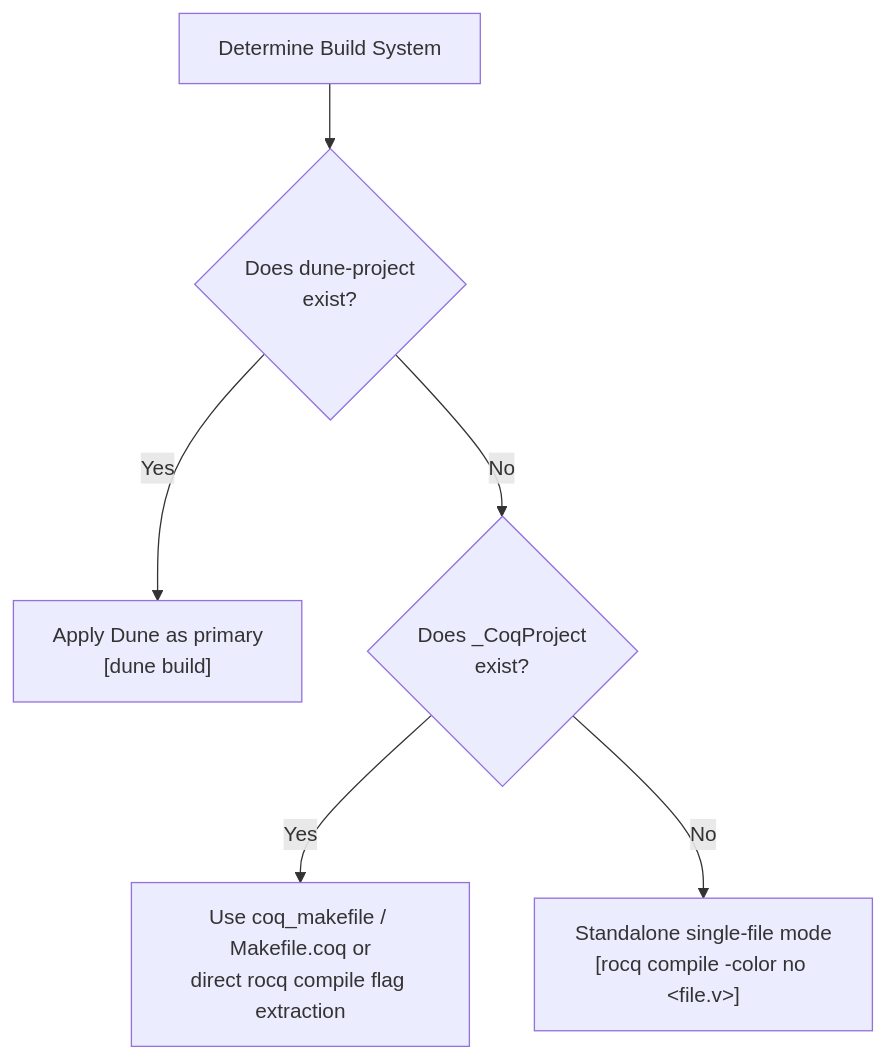
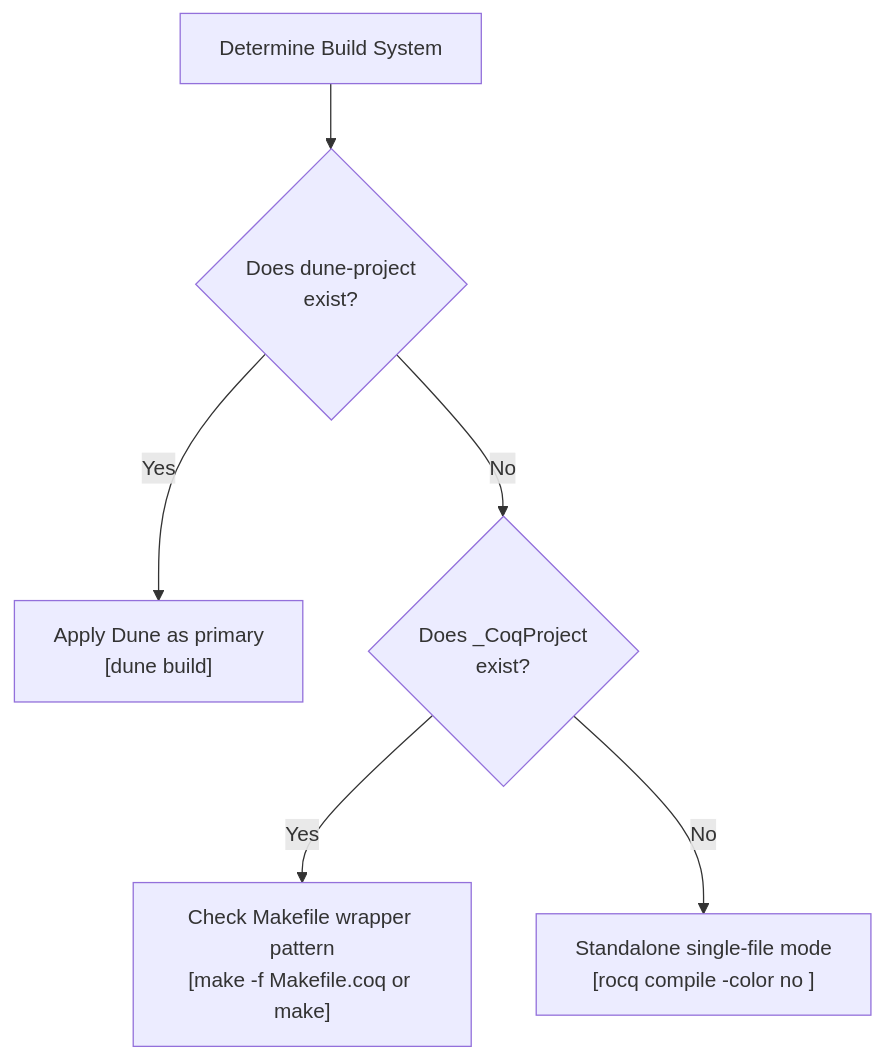
Before and after one commit to MI-1222/rocq-ltac-skills: the diagram in skills/rocq-ltac-cli/references/build_systems.md, drawn with Mermaid. The commit also changed other lines of this file and 6 other files, not shown here.

````diff
--- a/skills/rocq-ltac-cli/references/build_systems.md
+++ b/skills/rocq-ltac-cli/references/build_systems.md
@@ -11,8 +11,8 @@
 ```mermaid
 graph TD
   A["Determine Build System"] --> B{"Does dune-project<br/>exist?"}
   B -- "Yes" --> C["Apply Dune as primary<br/>[dune build]"]
   B -- "No" --> D{"Does _CoqProject<br/>exist?"}
-  D -- "Yes" --> E["Use coq_makefile / Makefile.coq or<br/>direct rocq compile flag extraction"]
-  D -- "No" --> F["Standalone single-file mode<br/>[rocq compile -color no &lt;file.v&gt;]"]
+  D -- "Yes" --> E["Check Makefile wrapper pattern<br/>[make -f Makefile.coq or make]"]
+  D -- "No" --> F["Standalone single-file mode<br/>[rocq compile -color no <file.v>]"]
 ```
````
